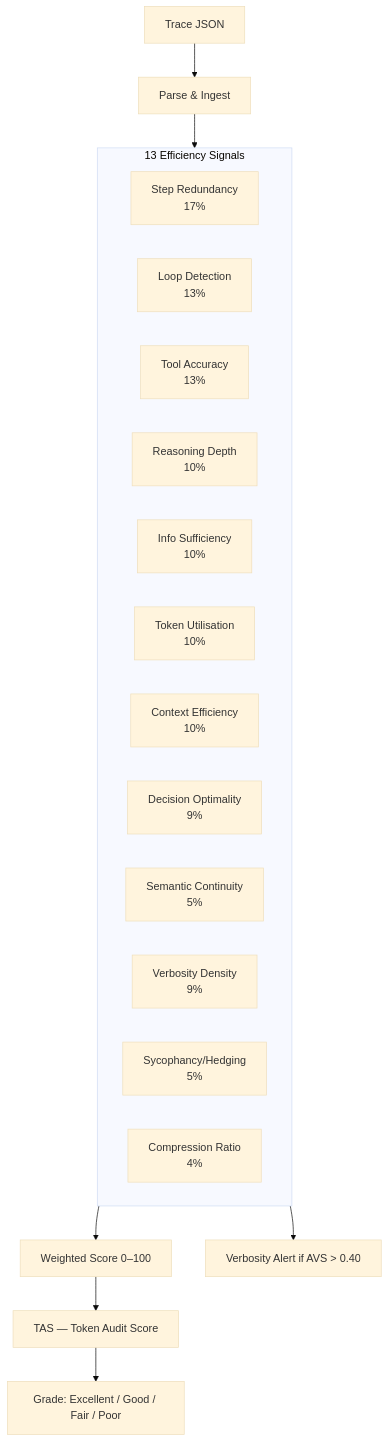
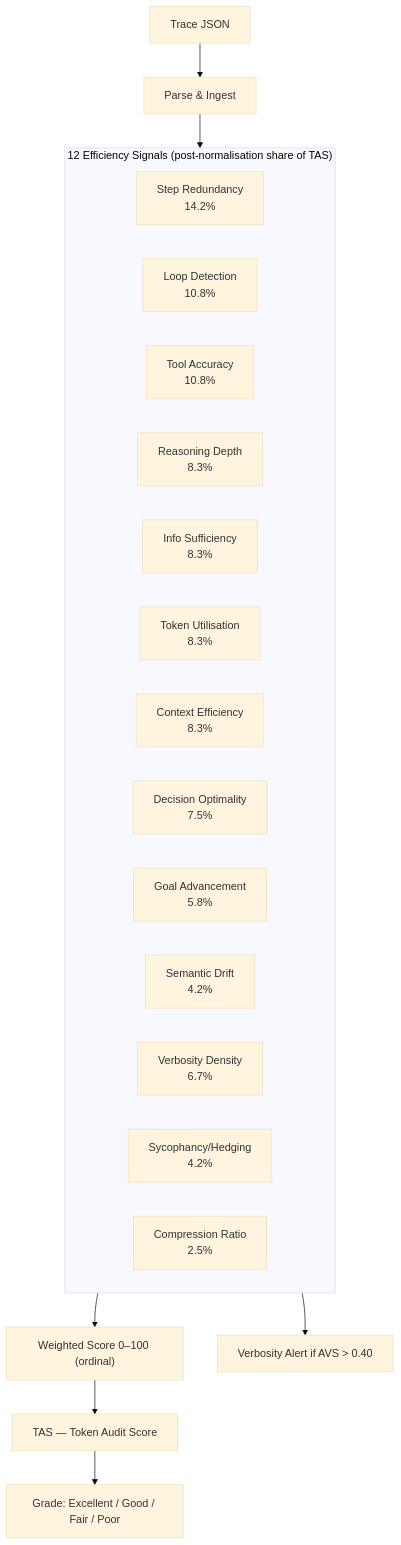
The first of 4 diagrams in README.md (ZulfaqarHafez/TraceRazor), drawn with Mermaid (base theme) before and after one commit. The commit also changed other lines of this file and 2 other files, not shown here.

First line of the commit message:
Honesty pass: README claims, weight drift, TAS-as-ordinal label

````diff
--- a/README.md
+++ b/README.md
@@ -64,26 +65,27 @@
 ```mermaid
 flowchart TD
     T[Trace JSON] --> P[Parse & Ingest]
     P --> M
 
-    subgraph M["13 Efficiency Signals"]
+    subgraph M["12 Efficiency Signals (post-normalisation share of TAS)"]
         direction LR
-        S1["Step Redundancy\n17%"]
-        S2["Loop Detection\n13%"]
-        S3["Tool Accuracy\n13%"]
-        S4["Reasoning Depth\n10%"]
-        S5["Info Sufficiency\n10%"]
-        S6["Token Utilisation\n10%"]
-        S7["Context Efficiency\n10%"]
-        S8["Decision Optimality\n9%"]
-        S9["Semantic Continuity\n5%"]
-        V1["Verbosity Density\n9%"]
-        V2["Sycophancy/Hedging\n5%"]
-        V3["Compression Ratio\n4%"]
+        S1["Step Redundancy\n14.2%"]
+        S2["Loop Detection\n10.8%"]
+        S3["Tool Accuracy\n10.8%"]
+        S4["Reasoning Depth\n8.3%"]
+        S5["Info Sufficiency\n8.3%"]
+        S6["Token Utilisation\n8.3%"]
+        S7["Context Efficiency\n8.3%"]
+        S8["Decision Optimality\n7.5%"]
+        S9["Goal Advancement\n5.8%"]
+        S10["Semantic Drift\n4.2%"]
+        V1["Verbosity Density\n6.7%"]
+        V2["Sycophancy/Hedging\n4.2%"]
+        V3["Compression Ratio\n2.5%"]
     end
 
-    M --> W["Weighted Score 0–100"]
+    M --> W["Weighted Score 0–100 (ordinal)"]
     W --> TAS["TAS — Token Audit Score"]
     TAS --> G["Grade: Excellent / Good / Fair / Poor"]
     M --> AVS["Verbosity Alert if AVS > 0.40"]
 ```
````
